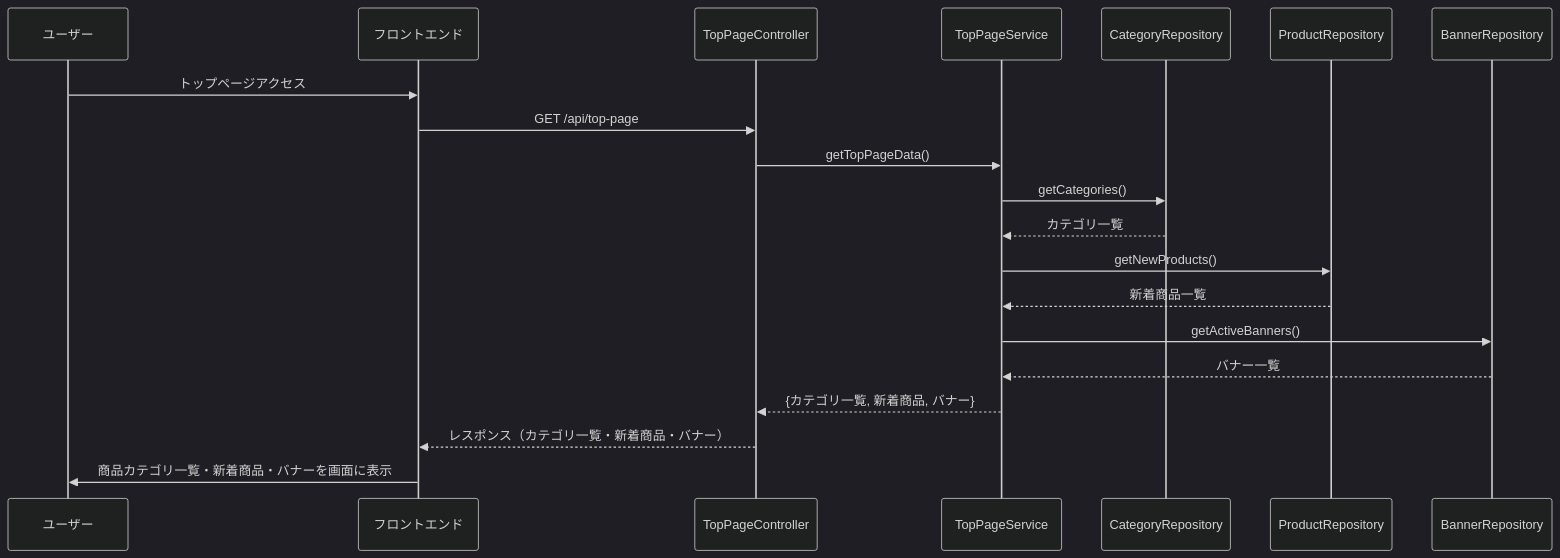
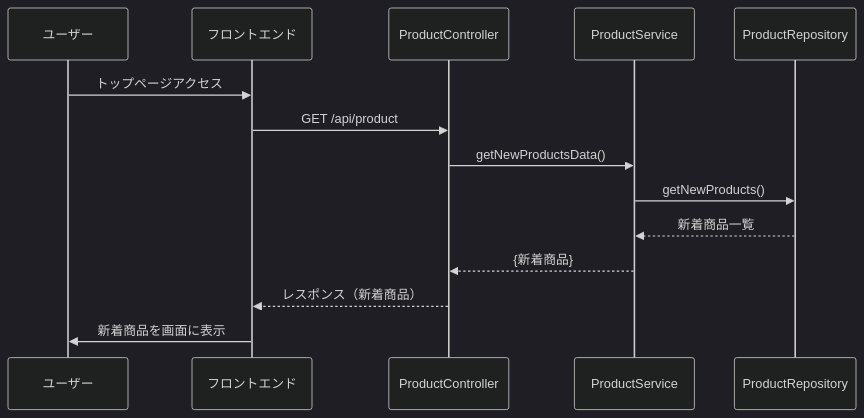
The first of 37 diagrams in 詳細設計/担当B_村田/3.2 機能詳細.md (Aoi-Yaegashi/teamF), drawn with Mermaid (dark theme) before and after one commit. The commit also changed other lines of this file and 1 other file, not shown here.

```diff
--- a/詳細設計/担当B_村田/3.2 機能詳細.md
+++ b/詳細設計/担当B_村田/3.2 機能詳細.md
@@ -7,40 +7,30 @@
    <div class="mermaid">
    sequenceDiagram
     participant User as ユーザー
     participant FE as フロントエンド
-    participant TPC as TopPageController
-    participant TPS as TopPageService
-    participant CatRepo as CategoryRepository
+    participant TPC as ProductController
+    participant TPS as ProductService
     participant ProdRepo as ProductRepository
-    participant BanRepo as BannerRepository
 
     %% ユーザーがトップページにアクセス
     User->>FE: トップページアクセス
 
     %% フロントエンドがAPI呼び出し
-    FE->>TPC: GET /api/top-page
+    FE->>TPC: GET /api/product
 
     %% コントローラがサービスに処理を依頼
-    TPC->>TPS: getTopPageData()
-
-    %% サービスがカテゴリ一覧を取得
-    TPS->>CatRepo: getCategories()
-    CatRepo-->>TPS: カテゴリ一覧
+    TPC->>TPS: getNewProductsData()
 
     %% サービスが新着商品を取得（任意）
     TPS->>ProdRepo: getNewProducts()
     ProdRepo-->>TPS: 新着商品一覧
 
-    %% サービスがバナーを取得（任意）
-    TPS->>BanRepo: getActiveBanners()
-    BanRepo-->>TPS: バナー一覧
-
     %% サービスがデータをまとめてコントローラに返却
-    TPS-->>TPC: {カテゴリ一覧, 新着商品, バナー}
+    TPS-->>TPC: {新着商品}
 
     %% コントローラがフロントエンドにレスポンス
-    TPC-->>FE: レスポンス（カテゴリ一覧・新着商品・バナー）
+    TPC-->>FE: レスポンス（新着商品）
 
     %% フロントエンドが画面に反映
-    FE->>User: 商品カテゴリ一覧・新着商品・バナーを画面に表示
+    FE->>User: 新着商品を画面に表示
 </div>
```
